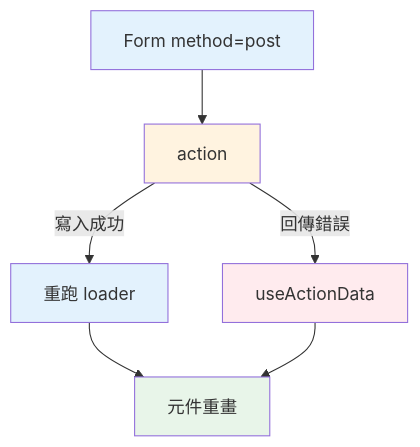
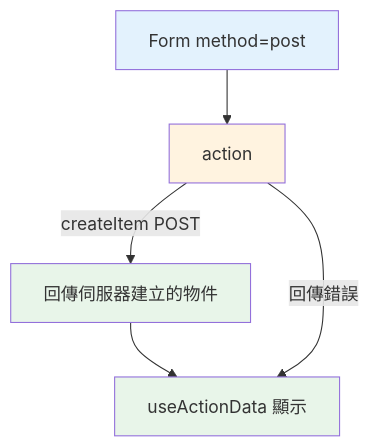
One commit to summer10920/summer10920.github.io changed diagram 13 of 14 in source/_posts/lokiTech-15day-11-react-router.md. Above: the diagram before and after it, drawn with Mermaid. The commit also changed other lines of this file, not shown here.

Commit message:
講義 11：87-action 改為呼叫 createItem，並對齊解析與機制圖

```diff
--- a/source/_posts/lokiTech-15day-11-react-router.md
+++ b/source/_posts/lokiTech-15day-11-react-router.md
@@ -2809,12 +2809,10 @@
 {% mermaid graph TD %}
   form["Form method=post"] --> action["action"]
-  action -->|"寫入成功"| loader["重跑 loader"]
-  loader --> view["元件重畫"]
-  action -->|"回傳錯誤"| err["useActionData"]
-  err --> view
+  action -->|"createItem POST"| item["回傳伺服器建立的物件"]
+  item --> hook["useActionData 顯示"]
+  action -->|"回傳錯誤"| hook
   style form fill:#e3f2fd
   style action fill:#fff3e0
-  style loader fill:#e3f2fd
-  style view fill:#e8f5e9
-  style err fill:#ffebee
+  style item fill:#e8f5e9
+  style hook fill:#e8f5e9
 {% endmermaid %}
```
